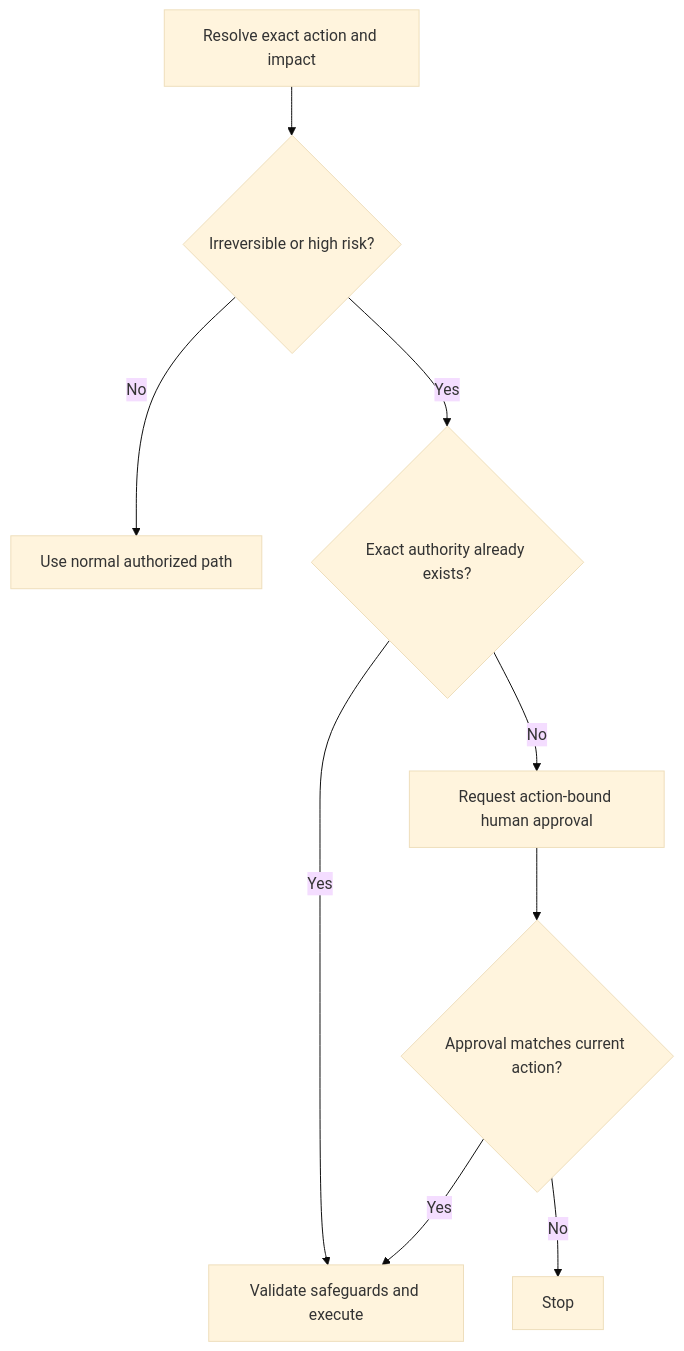
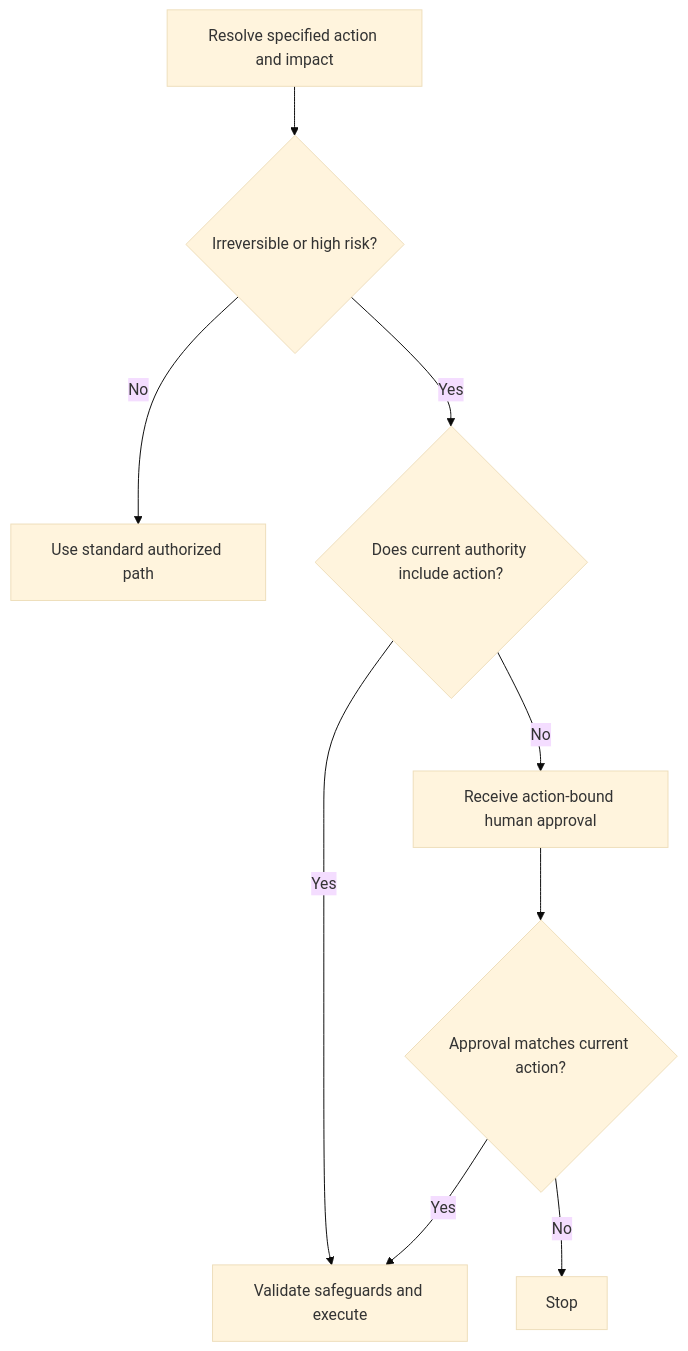
The diagram in docs/principles/details/p062-human-approval-for-irreversible-or-high-risk-actions.md (HomericIntelligence/Athena), drawn with Mermaid (base theme) before and after one commit. The commit also changed other lines of this file and 91 other files, not shown here.

````diff
--- a/docs/principles/details/p062-human-approval-for-irreversible-or-high-risk-actions.md
+++ b/docs/principles/details/p062-human-approval-for-irreversible-or-high-risk-actions.md
@@ -34,11 +36,11 @@
 ```mermaid
 flowchart TD
-    A["Resolve exact action and impact"] --> B{"Irreversible or high risk?"}
-    B -- "No" --> C["Use normal authorized path"]
-    B -- "Yes" --> D{"Exact authority already exists?"}
+    A["Resolve specified action and impact"] --> B{"Irreversible or high risk?"}
+    B -- "No" --> C["Use standard authorized path"]
+    B -- "Yes" --> D{"Does current authority include action?"}
     D -- "Yes" --> E["Validate safeguards and execute"]
-    D -- "No" --> F["Request action-bound human approval"]
+    D -- "No" --> F["Receive action-bound human approval"]
     F --> G{"Approval matches current action?"}
     G -- "No" --> H["Stop"]
     G -- "Yes" --> E
 ```
````
